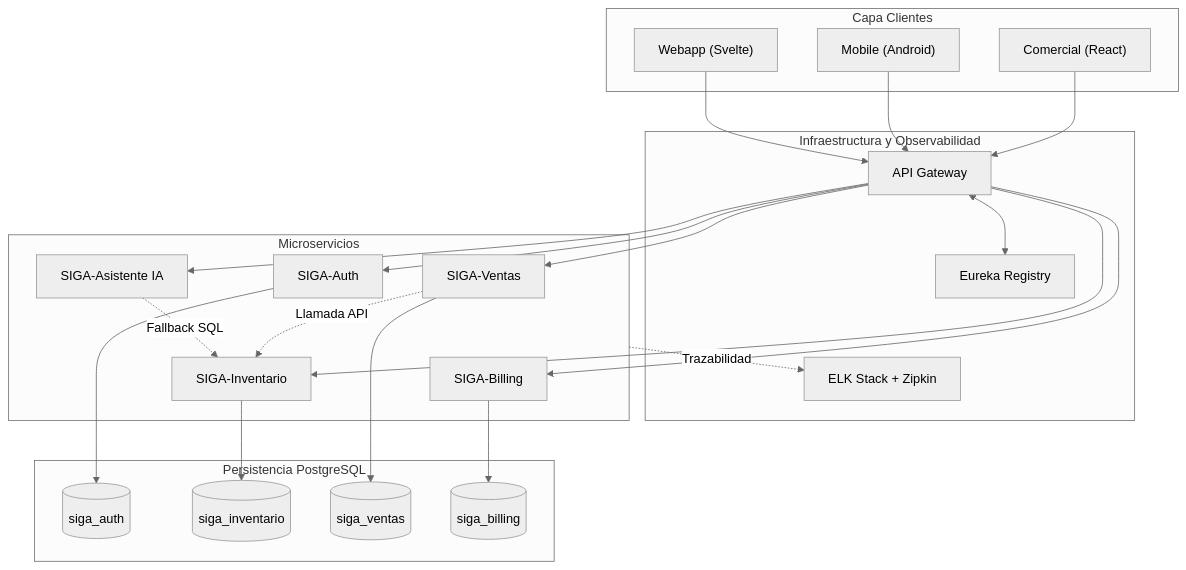
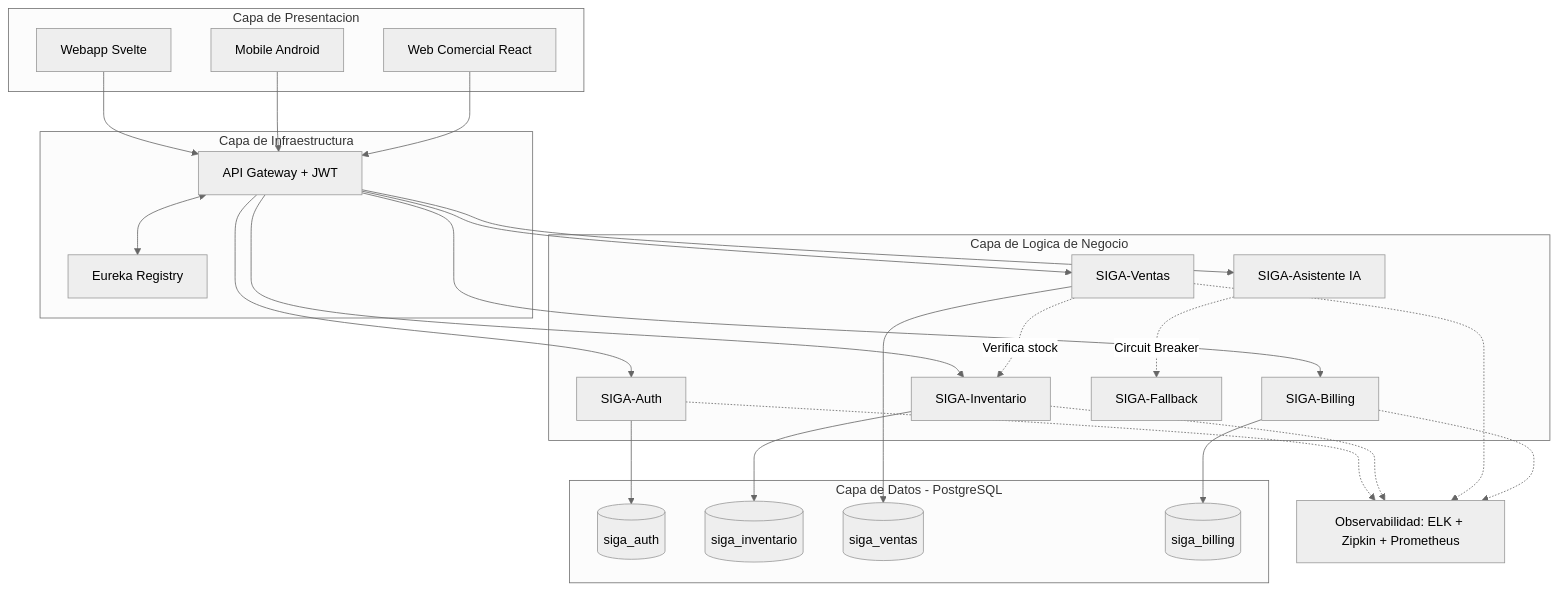
One commit to HecAguilaV/SIGA changed the diagram in EXAMEN/INFORME_EVALUACION_PARCIAL_1.md. Above: the diagram before and after it, drawn with Mermaid (neutral theme). The commit also changed other lines of this file and 1 other file, not shown here.

Commit message:
docs: blindar informe al 100% - ejemplos concretos, tabla requerimientos, escalabilidad explícita

````diff
--- a/EXAMEN/INFORME_EVALUACION_PARCIAL_1.md
+++ b/EXAMEN/INFORME_EVALUACION_PARCIAL_1.md
@@ -28,48 +29,54 @@
 ```mermaid
-graph TB
-    subgraph Clientes["Capa Clientes"]
-        WA["Webapp (Svelte)"]
-        MO["Mobile (Android)"]
-        CO["Comercial (React)"]
+graph TD
+    subgraph Clientes["Capa de Presentacion"]
+        WA["Webapp Svelte"]
+        MO["Mobile Android"]
+        CO["Web Comercial React"]
     end
-    
-    subgraph Infra["Infraestructura y Observabilidad"]
-        GW["API Gateway"]
+
+    subgraph Infra["Capa de Infraestructura"]
         EU["Eureka Registry"]
-        ELK["ELK Stack + Zipkin"]
+        GW["API Gateway + JWT"]
     end
-    
-    subgraph Servicios["Microservicios"]
+
+    subgraph Negocio["Capa de Logica de Negocio"]
         AU["SIGA-Auth"]
         INV["SIGA-Inventario"]
         VE["SIGA-Ventas"]
+        BI["SIGA-Billing"]
         IA["SIGA-Asistente IA"]
-        BI["SIGA-Billing"]
+        FB["SIGA-Fallback"]
     end
-    
-    subgraph DB["Persistencia PostgreSQL"]
-        DB1[("siga_auth")]
-        DB2[("siga_inventario")]
-        DB3[("siga_ventas")]
-        DB4[("siga_billing")]
+
+    subgraph Datos["Capa de Datos - PostgreSQL"]
+        S1[("siga_auth")]
+        S2[("siga_inventario")]
+        S3[("siga_ventas")]
+        S4[("siga_billing")]
     end
-    
+
+    OBS["Observabilidad: ELK + Zipkin + Prometheus"]
+
     WA --> GW
     MO --> GW
     CO --> GW
     GW <--> EU
     GW --> AU
     GW --> INV
     GW --> VE
+    GW --> BI
     GW --> IA
-    GW --> BI
-    
-    AU --> DB1
-    INV --> DB2
-    VE --> DB3
-    BI --> DB4
-    
-    IA -.->|Fallback SQL| INV
-    VE -.->|Llamada API| INV
-    Servicios -.->|Trazabilidad| ELK
+
+    AU --> S1
+    INV --> S2
+    VE --> S3
+    BI --> S4
+
+    VE -.->|Verifica stock| INV
+    IA -.->|Circuit Breaker| FB
+
+    AU -.-> OBS
+    INV -.-> OBS
+    VE -.-> OBS
+    BI -.-> OBS
 ```
````
